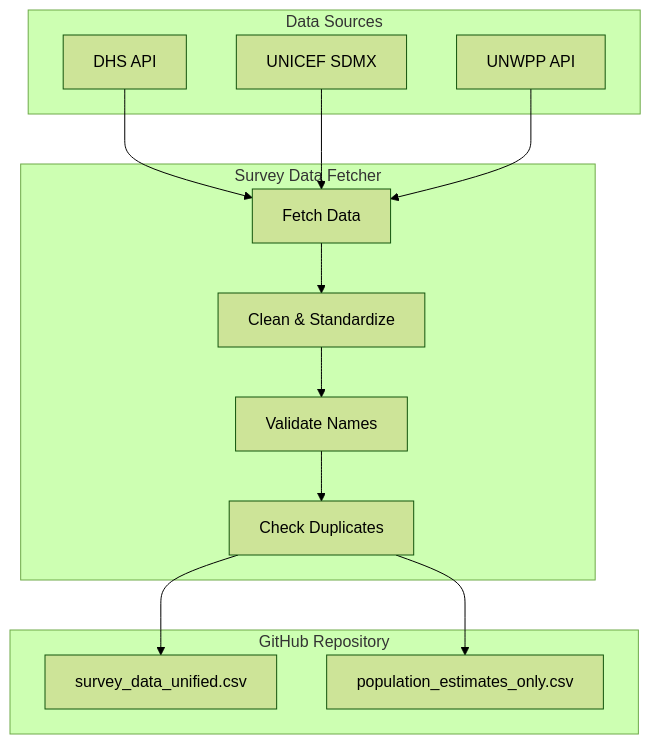
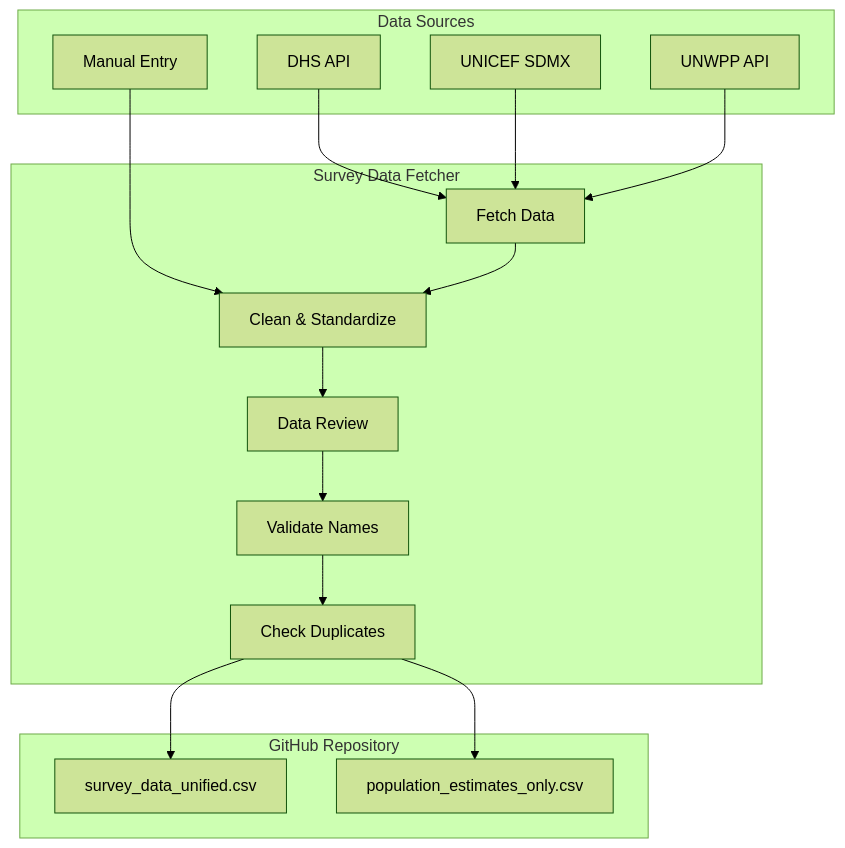
One commit to FASTR-Analytics/survey-data-fetcher changed the diagram in docs/index.md. Above: the diagram before and after it, drawn with Mermaid (forest theme).

Commit message:
Update architecture diagram with Manual Entry and Data Review

````diff
--- a/docs/index.md
+++ b/docs/index.md
@@ -16,29 +16,33 @@
 ```mermaid
 flowchart TD
     subgraph sources[Data Sources]
         DHS[DHS API]
         UNICEF[UNICEF SDMX]
         UNWPP[UNWPP API]
+        MANUAL[Manual Entry]
     end
 
     subgraph app[Survey Data Fetcher]
         FETCH[Fetch Data]
         CLEAN[Clean & Standardize]
+        REVIEW[Data Review]
         VALIDATE[Validate Names]
         DEDUP[Check Duplicates]
     end
 
     subgraph output[GitHub Repository]
         SURVEY[survey_data_unified.csv]
         POP[population_estimates_only.csv]
     end
 
     DHS --> FETCH
     UNICEF --> FETCH
     UNWPP --> FETCH
+    MANUAL --> CLEAN
     FETCH --> CLEAN
-    CLEAN --> VALIDATE
+    CLEAN --> REVIEW
+    REVIEW --> VALIDATE
     VALIDATE --> DEDUP
     DEDUP --> SURVEY
     DEDUP --> POP
 ```
````
